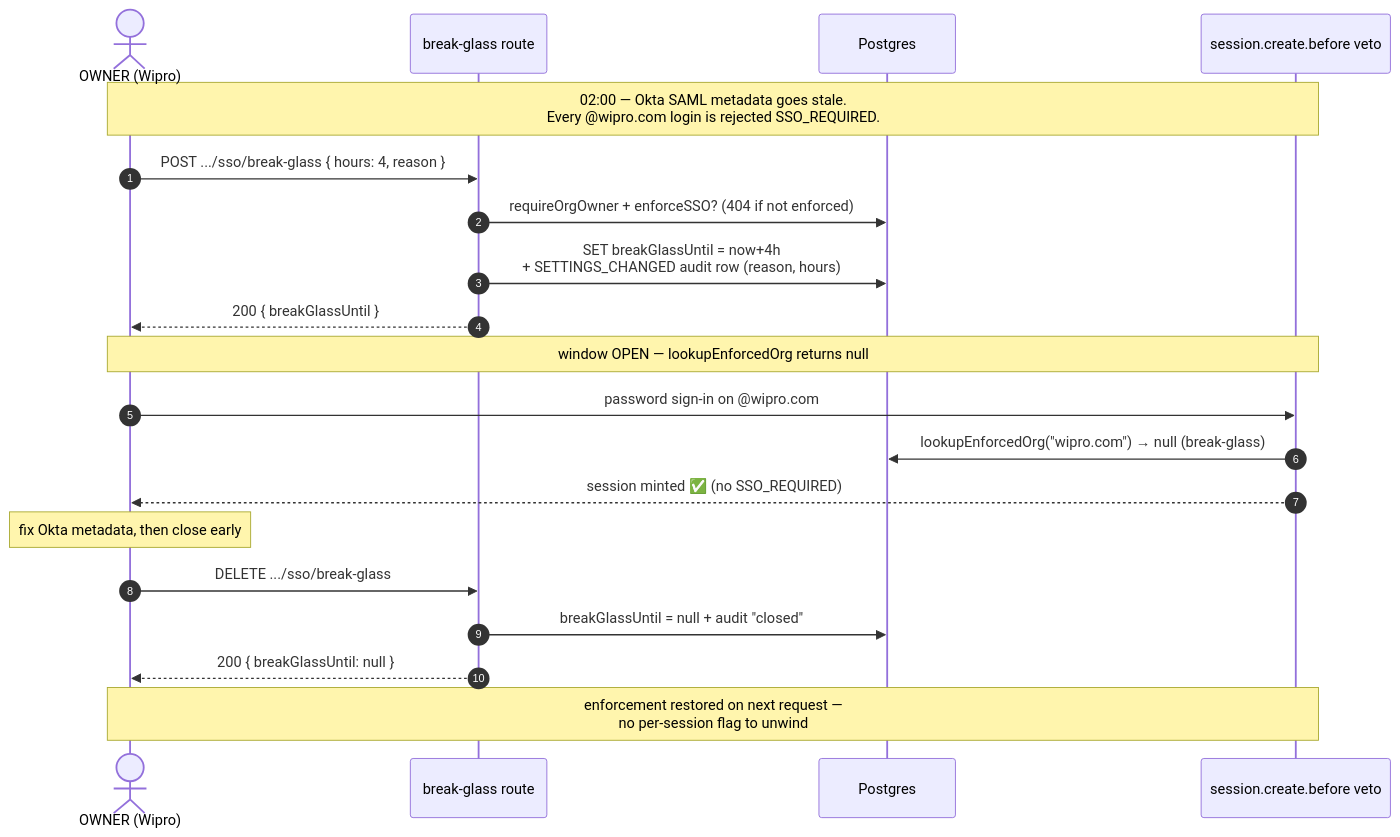
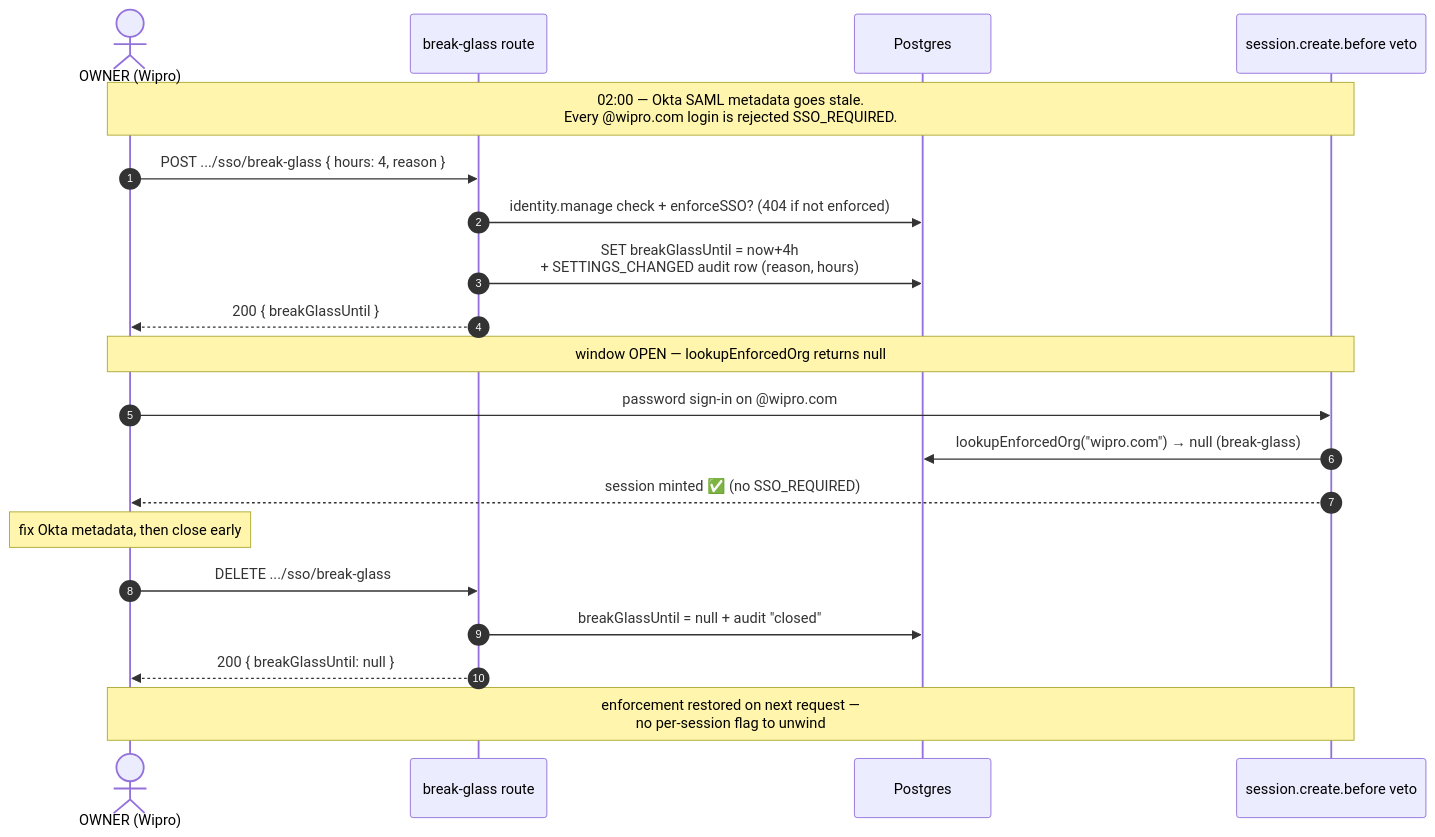
Before and after one commit to Practitionist/familiarise_web: the fourth of 4 diagrams in docs/enterprise/20-iam-and-security/01-sso-and-authentication.md, drawn with Mermaid. The commit also changed other lines of this file and 19 other files, not shown here.

````diff
--- a/docs/enterprise/20-iam-and-security/01-sso-and-authentication.md
+++ b/docs/enterprise/20-iam-and-security/01-sso-and-authentication.md
@@ -408,22 +408,22 @@
 ```mermaid
 sequenceDiagram
   autonumber
   actor O as OWNER (Wipro)
   participant API as break-glass route
   participant DB as Postgres
   participant Veto as session.create.before veto
   Note over O,Veto: 02:00 — Okta SAML metadata goes stale.<br/>Every @wipro.com login is rejected SSO_REQUIRED.
   O->>API: POST .../sso/break-glass { hours: 4, reason }
-  API->>DB: requireOrgOwner + enforceSSO? (404 if not enforced)
+  API->>DB: identity.manage check + enforceSSO? (404 if not enforced)
   API->>DB: SET breakGlassUntil = now+4h<br/>+ SETTINGS_CHANGED audit row (reason, hours)
   API-->>O: 200 { breakGlassUntil }
   Note over O,Veto: window OPEN — lookupEnforcedOrg returns null
   O->>Veto: password sign-in on @wipro.com
   Veto->>DB: lookupEnforcedOrg("wipro.com") → null (break-glass)
   Veto-->>O: session minted ✅ (no SSO_REQUIRED)
   Note over O: fix Okta metadata, then close early
   O->>API: DELETE .../sso/break-glass
   API->>DB: breakGlassUntil = null + audit "closed"
   API-->>O: 200 { breakGlassUntil: null }
   Note over O,Veto: enforcement restored on next request —<br/>no per-session flag to unwind
 ```
````
